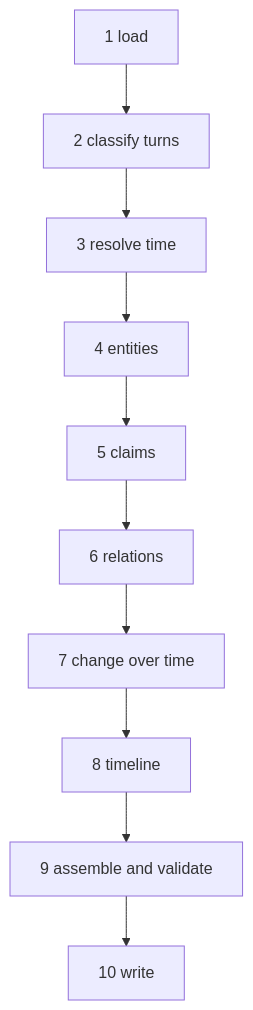
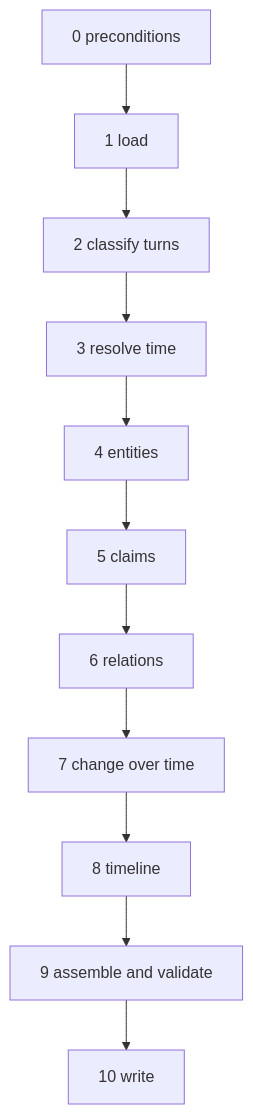
One commit to ythril-network/Ythril changed the diagram in server/src/extractor/conversation/DECOMPOSITION.md. Above: the diagram before and after it, drawn with Mermaid. The commit also changed other lines of this file and 2 other files, not shown here.

First line of the commit message:
docs(extractor): preconditions — the space must hold the extractor's schema group first (F-31)

````diff
--- a/server/src/extractor/conversation/DECOMPOSITION.md
+++ b/server/src/extractor/conversation/DECOMPOSITION.md
@@ -28,12 +28,13 @@
 ```mermaid
 flowchart TD
-  A[1 load] --> B[2 classify turns]
+  Z[0 preconditions] --> A[1 load]
+  A --> B[2 classify turns]
   B --> C[3 resolve time]
   C --> D[4 entities]
   D --> E[5 claims]
   E --> F[6 relations]
   F --> G[7 change over time]
   G --> H[8 timeline]
   H --> I[9 assemble and validate]
   I --> J[10 write]
 ```
````
